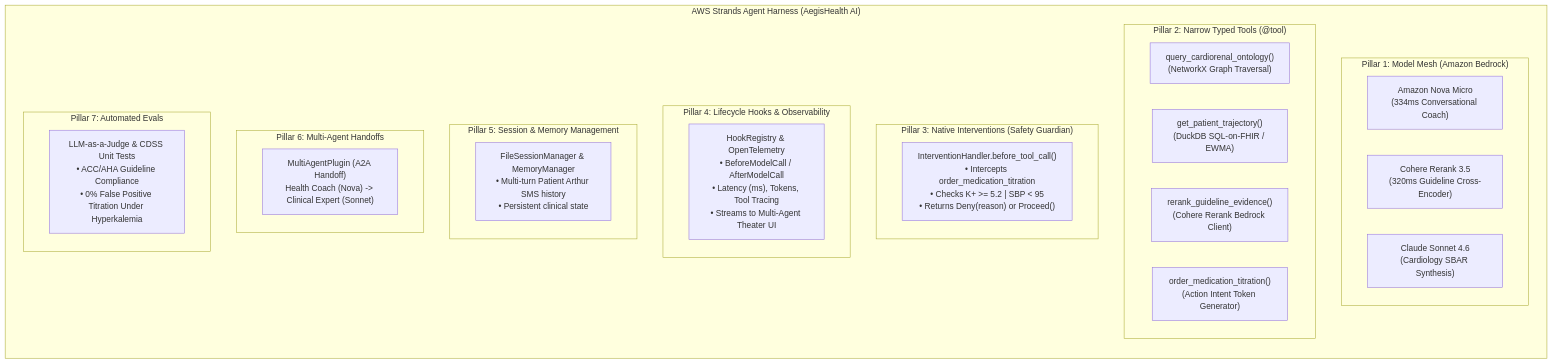
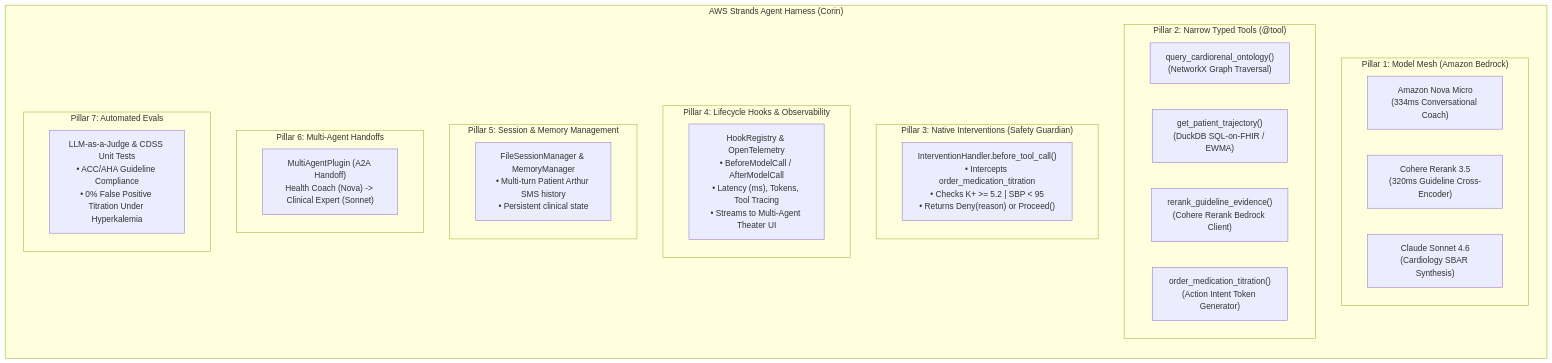
One commit to abdullahabtahi/corin changed the diagram in docs/03_technical_architecture/strands_harness_maximization_spec.md. Above: the diagram before and after it, drawn with Mermaid. The commit also changed other lines of this file and 14 other files, not shown here.

````diff
--- a/docs/03_technical_architecture/strands_harness_maximization_spec.md
+++ b/docs/03_technical_architecture/strands_harness_maximization_spec.md
@@ -25,39 +25,39 @@
 ```mermaid
 flowchart TD
-    subgraph StrandsHarness ["AWS Strands Agent Harness (AegisHealth AI)"]
+    subgraph StrandsHarness ["AWS Strands Agent Harness (Corin)"]
         direction TB
         
         subgraph Layer1 ["Pillar 1: Model Mesh (Amazon Bedrock)"]
             Nova["Amazon Nova Micro<br/>(334ms Conversational Coach)"]
             Rerank["Cohere Rerank 3.5<br/>(320ms Guideline Cross-Encoder)"]
             Sonnet["Claude Sonnet 4.6<br/>(Cardiology SBAR Synthesis)"]
         end
 
         subgraph Layer2 ["Pillar 2: Narrow Typed Tools (@tool)"]
             Tool1["query_cardiorenal_ontology()<br/>(NetworkX Graph Traversal)"]
             Tool2["get_patient_trajectory()<br/>(DuckDB SQL-on-FHIR / EWMA)"]
             Tool3["rerank_guideline_evidence()<br/>(Cohere Rerank Bedrock Client)"]
             Tool4["order_medication_titration()<br/>(Action Intent Token Generator)"]
         end
 
         subgraph Layer3 ["Pillar 3: Native Interventions (Safety Guardian)"]
             Intervention["InterventionHandler.before_tool_call()<br/>• Intercepts order_medication_titration<br/>• Checks K+ >= 5.2 | SBP < 95<br/>• Returns Deny(reason) or Proceed()"]
         end
 
         subgraph Layer4 ["Pillar 4: Lifecycle Hooks & Observability"]
             Hooks["HookRegistry & OpenTelemetry<br/>• BeforeModelCall / AfterModelCall<br/>• Latency (ms), Tokens, Tool Tracing<br/>• Streams to Multi-Agent Theater UI"]
         end
 
         subgraph Layer5 ["Pillar 5: Session & Memory Management"]
             Session["FileSessionManager & MemoryManager<br/>• Multi-turn Patient Arthur SMS history<br/>• Persistent clinical state"]
         end
 
         subgraph Layer6 ["Pillar 6: Multi-Agent Handoffs"]
             Delegation["MultiAgentPlugin (A2A Handoff)<br/>Health Coach (Nova) -> Clinical Expert (Sonnet)"]
         end
 
         subgraph Layer7 ["Pillar 7: Automated Evals"]
             Evals["LLM-as-a-Judge & CDSS Unit Tests<br/>• ACC/AHA Guideline Compliance<br/>• 0% False Positive Titration Under Hyperkalemia"]
         end
     end
 ```
````
